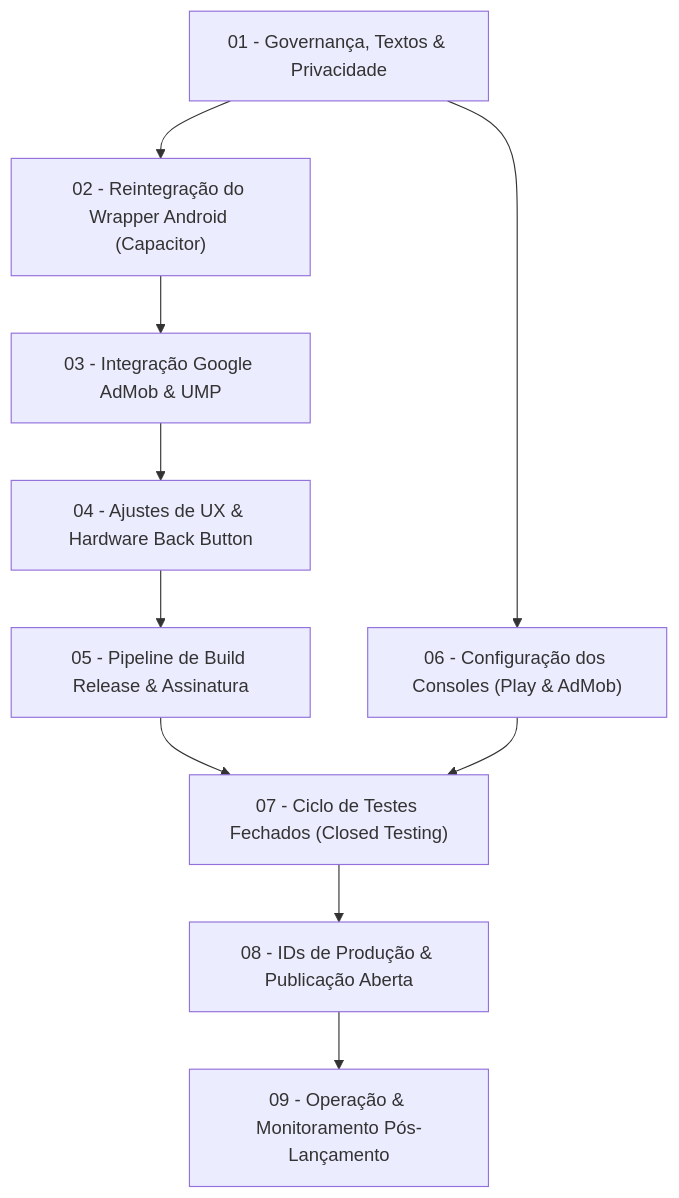
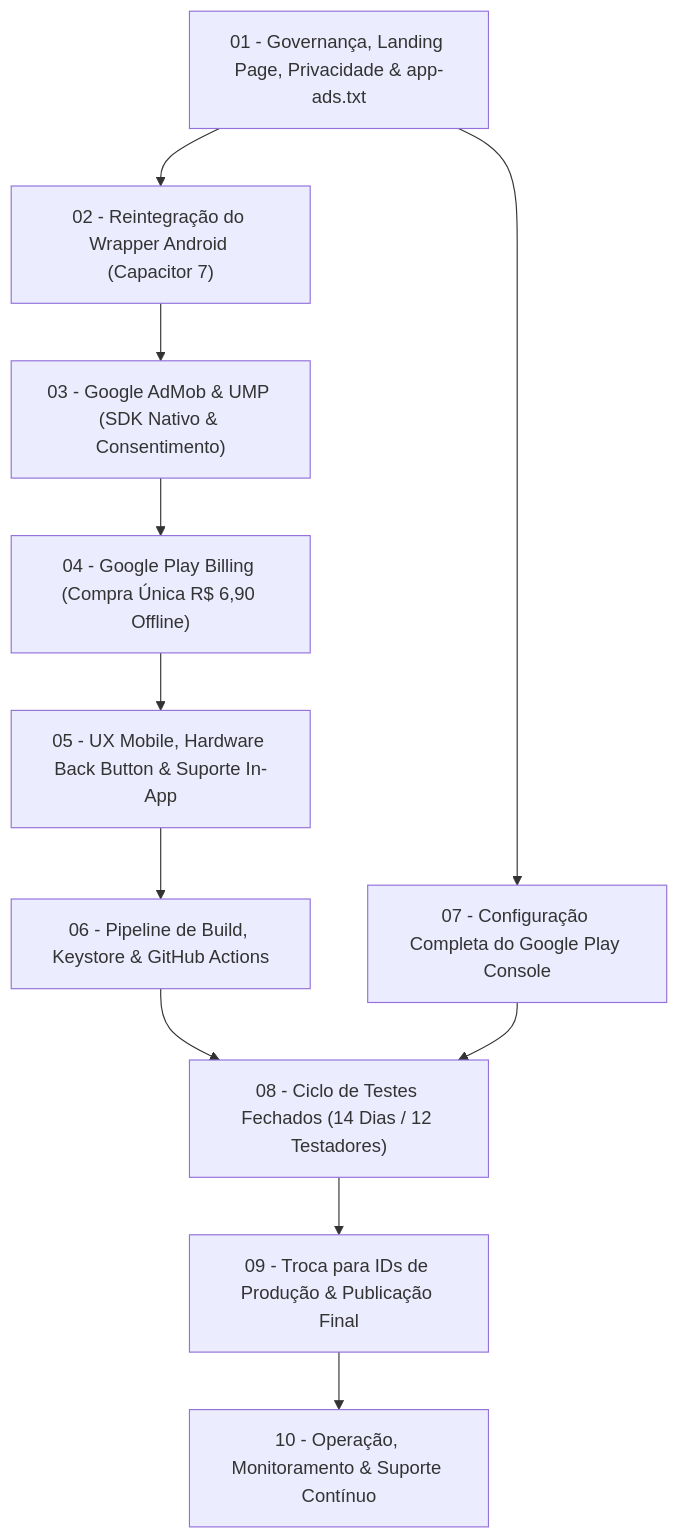
The diagram in development-plan/00_MASTER_PLAN.md (contatorafaeleleoterio-hub/ToolOptimizerCNC), drawn with Mermaid before and after one commit. The commit also changed other lines of this file and 20 other files, not shown here.

Commit message:
docs: integrar skill prompt-architect, revisao do plano de desenvolvimento e governanca de agentes

````diff
--- a/development-plan/00_MASTER_PLAN.md
+++ b/development-plan/00_MASTER_PLAN.md
@@ -42,12 +80,24 @@
 ```mermaid
 flowchart TD
-    E1["01 - Governança, Textos & Privacidade"] --> E2["02 - Reintegração do Wrapper Android (Capacitor)"]
-    E2 --> E3["03 - Integração Google AdMob & UMP"]
-    E3 --> E4["04 - Ajustes de UX & Hardware Back Button"]
-    E4 --> E5["05 - Pipeline de Build Release & Assinatura"]
-    E1 --> E6["06 - Configuração dos Consoles (Play & AdMob)"]
-    E5 --> E7["07 - Ciclo de Testes Fechados (Closed Testing)"]
-    E6 --> E7
-    E7 --> E8["08 - IDs de Produção & Publicação Aberta"]
-    E8 --> E9["09 - Operação & Monitoramento Pós-Lançamento"]
+    E01["01 - Governança, Landing Page, Privacidade & app-ads.txt"]
+    E02["02 - Reintegração do Wrapper Android (Capacitor 7)"]
+    E03["03 - Google AdMob & UMP (SDK Nativo & Consentimento)"]
+    E04["04 - Google Play Billing (Compra Única R$ 6,90 Offline)"]
+    E05["05 - UX Mobile, Hardware Back Button & Suporte In-App"]
+    E06["06 - Pipeline de Build, Keystore & GitHub Actions"]
+    E07["07 - Configuração Completa do Google Play Console"]
+    E08["08 - Ciclo de Testes Fechados (14 Dias / 12 Testadores)"]
+    E09["09 - Troca para IDs de Produção & Publicação Final"]
+    E10["10 - Operação, Monitoramento & Suporte Contínuo"]
+
+    E01 --> E02
+    E02 --> E03
+    E03 --> E04
+    E04 --> E05
+    E05 --> E06
+    E01 --> E07
+    E06 --> E08
+    E07 --> E08
+    E08 --> E09
+    E09 --> E10
 ```
````
